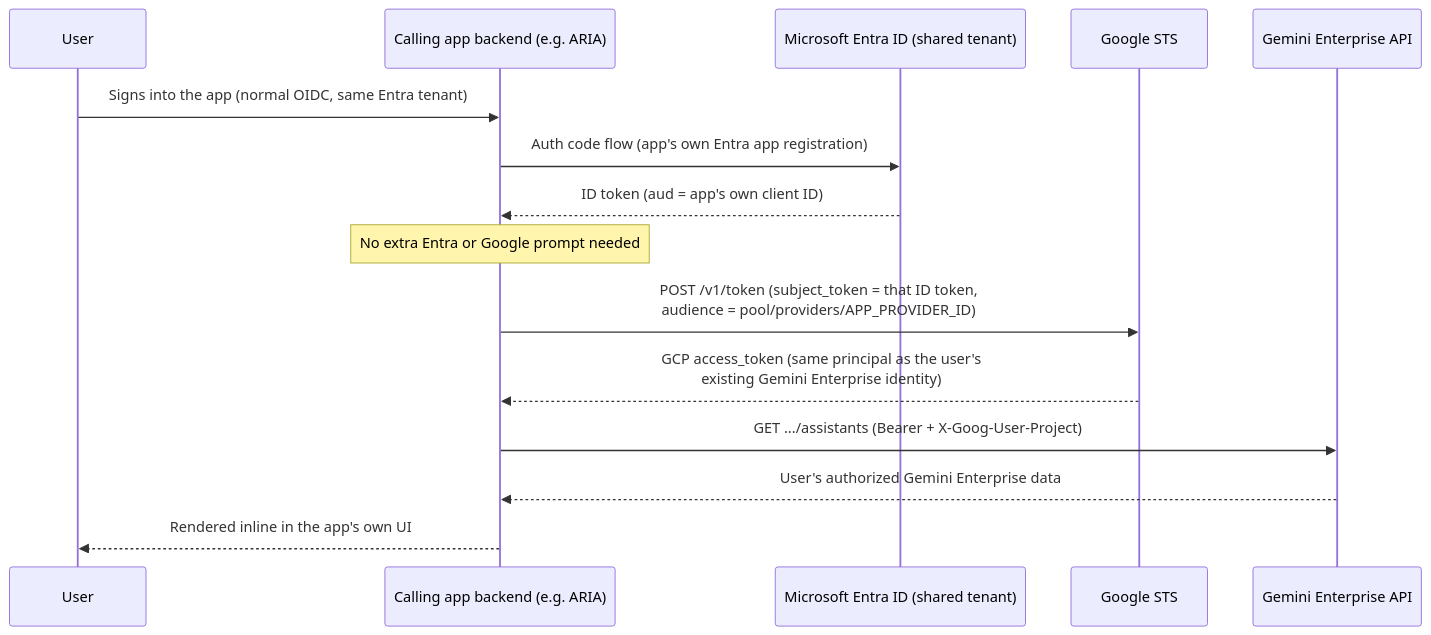
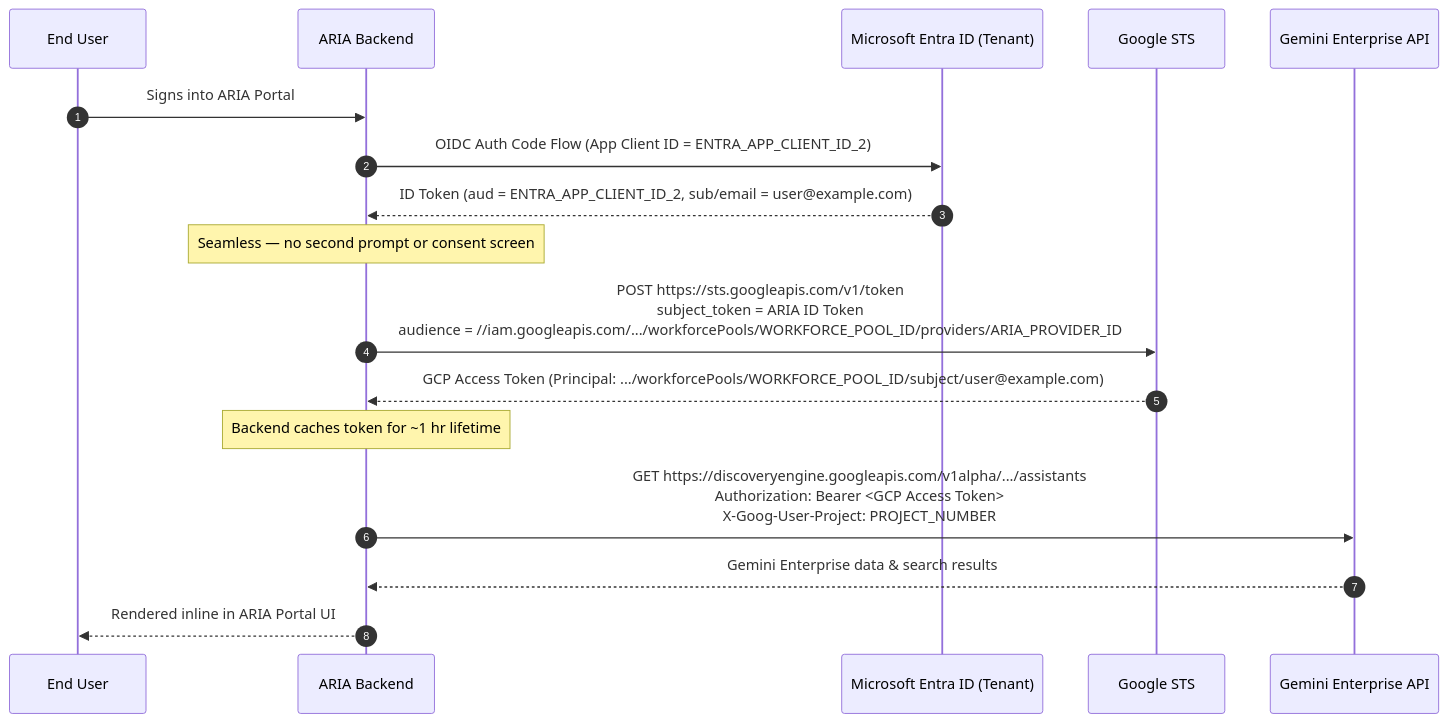
One commit to hermanmak/gemini-enterprise-api-explorer changed the diagram in docs/AUTHENTICATION.md. Above: the diagram before and after it, drawn with Mermaid. The commit also changed other lines of this file, not shown here.

Commit message:
docs: clarify WIF cross-application multi-provider architecture and ID mapping

````diff
--- a/docs/AUTHENTICATION.md
+++ b/docs/AUTHENTICATION.md
@@ -83,18 +122,22 @@
 ```mermaid
 sequenceDiagram
-    participant U as User
-    participant App as Calling app backend (e.g. ARIA)
-    participant E as Microsoft Entra ID (shared tenant)
+    autonumber
+    participant U as End User
+    participant App as ARIA Backend
+    participant E as Microsoft Entra ID (Tenant)
     participant S as Google STS
     participant G as Gemini Enterprise API
 
-    U->>App: Signs into the app (normal OIDC, same Entra tenant)
-    App->>E: Auth code flow (app's own Entra app registration)
-    E-->>App: ID token (aud = app's own client ID)
-    Note over App: No extra Entra or Google prompt needed
-    App->>S: POST /v1/token (subject_token = that ID token,<br/>audience = pool/providers/APP_PROVIDER_ID)
-    S-->>App: GCP access_token (same principal as the user's<br/>existing Gemini Enterprise identity)
-    App->>G: GET .../assistants (Bearer + X-Goog-User-Project)
-    G-->>App: User's authorized Gemini Enterprise data
-    App-->>U: Rendered inline in the app's own UI
+    U->>App: Signs into ARIA Portal
+    App->>E: OIDC Auth Code Flow (App Client ID = ENTRA_APP_CLIENT_ID_2)
+    E-->>App: ID Token (aud = ENTRA_APP_CLIENT_ID_2, sub/email = user@example.com)
+    Note over App: Seamless — no second prompt or consent screen
+
+    App->>S: POST https://sts.googleapis.com/v1/token<br/>subject_token = ARIA ID Token<br/>audience = //iam.googleapis.com/.../workforcePools/WORKFORCE_POOL_ID/providers/ARIA_PROVIDER_ID
+    S-->>App: GCP Access Token (Principal: .../workforcePools/WORKFORCE_POOL_ID/subject/user@example.com)
+    Note over App: Backend caches token for ~1 hr lifetime
+
+    App->>G: GET https://discoveryengine.googleapis.com/v1alpha/.../assistants<br/>Authorization: Bearer <GCP Access Token><br/>X-Goog-User-Project: PROJECT_NUMBER
+    G-->>App: Gemini Enterprise data & search results
+    App-->>U: Rendered inline in ARIA Portal UI
 ```
````
